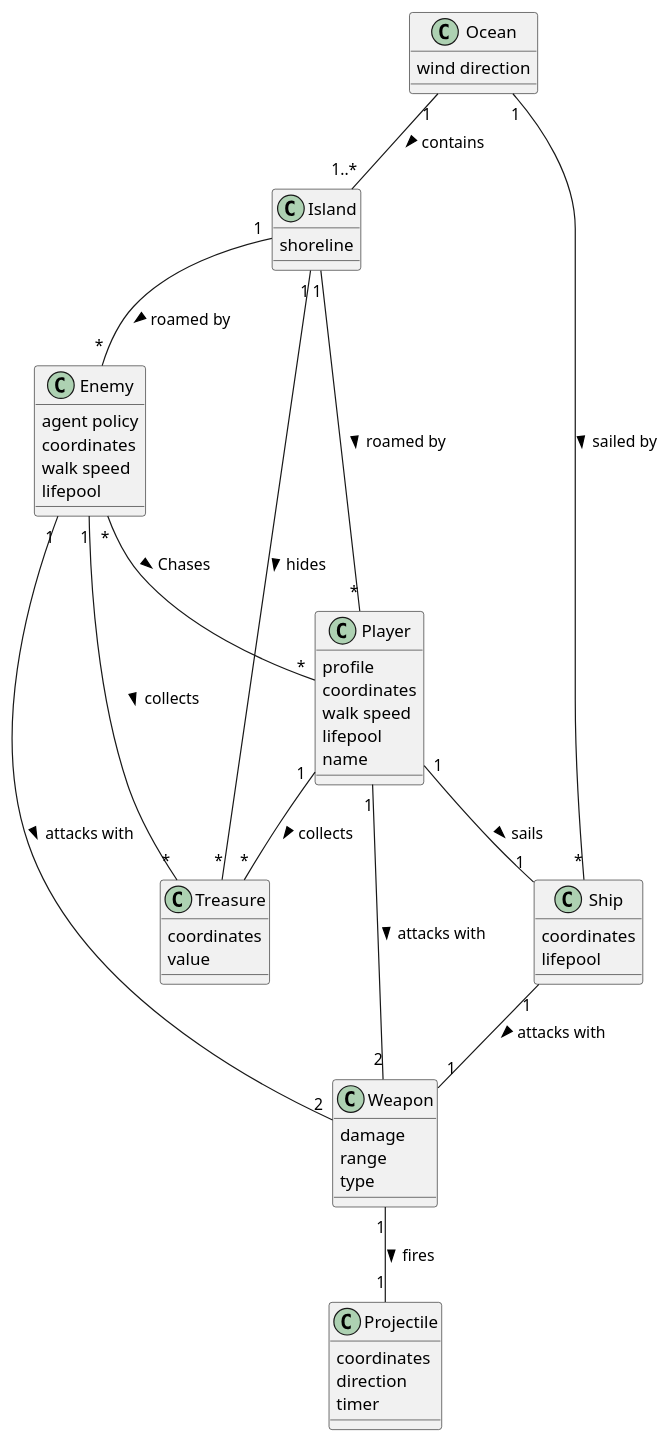
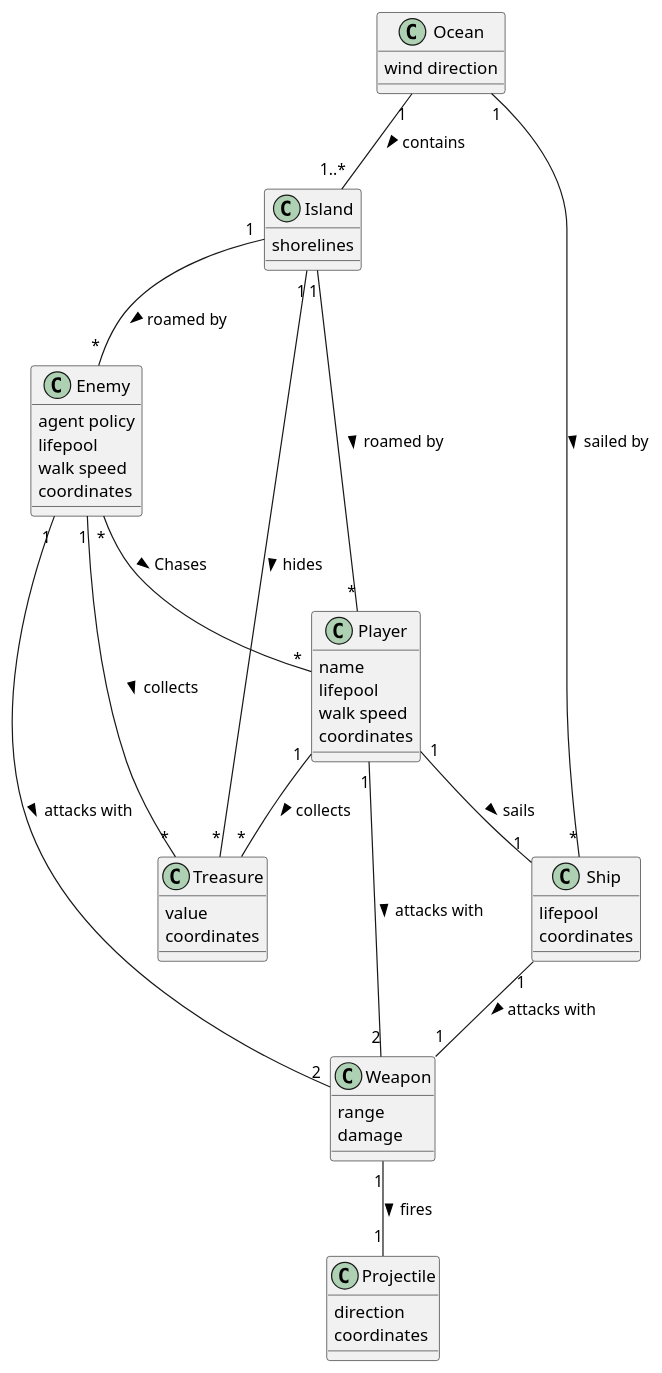
The diagram in Uml/domain-diagram.puml (antje12/10-Master), drawn with PlantUML before and after one commit. The commit also changed 8 other files, not shown here.

Commit message:
add uml v1

```diff
--- a/Uml/domain-diagram.puml
+++ b/Uml/domain-diagram.puml
@@ -1,73 +1,61 @@
 @startuml
 skinparam shadowing false
 'left to right direction
 'skinparam nodesep 5
 'skinparam ranksep 5
 
-'class Admin
-'class Game_World
 class Ocean{
     wind direction
 }
 class Island{
-    shoreline
+    shorelines
 }
 class Ship{
+    lifepool
     coordinates
+}
+class Player{
+    name
     lifepool
-}
-'class Obstacle
-class Player{
-    profile
+    walk speed
     coordinates
-    walk speed
-    lifepool
-    name
 }
 class Treasure{
+    value
     coordinates
-    value
 }
 class Weapon{
+    range
     damage
-    range
-    type
 }
 class Projectile{
+    direction
     coordinates
-    direction
-    timer
 }
 class Enemy{
     agent policy
+    lifepool
+    walk speed
     coordinates
-    walk speed
-    lifepool
 }
-
-'Admin "1..*" -- "*" Enemy : starts
-
-'Game_World "1" -- "1" Ocean : consists of >
 
 Ocean "1" -- "*" Ship : sailed by >
 Ocean "1" -- "1..*" Island : contains >
-'Ocean "1" -- "*" Obstacle : contains >
 
-'Island "1" -- "*" Obstacle : contains >
 Island "1" -- "*" Player : roamed by >
 Island "1" -- "*" Treasure : hides >
 Island "1" -- "*" Enemy : roamed by >
 
 Ship "1" -- "1" Weapon : attacks with >
 
 Player "1" -- "1" Ship : sails >
 Player "1" -- "2" Weapon : attacks with >
 Player "1" -- "*" Treasure : collects >
 
 Enemy "1" -- "2" Weapon : attacks with >
 Enemy "1" -- "*" Treasure : collects >
 Enemy "*" -- "*" Player : Chases >
 
 Weapon "1" -- "1" Projectile : fires >
 
 @enduml
```
